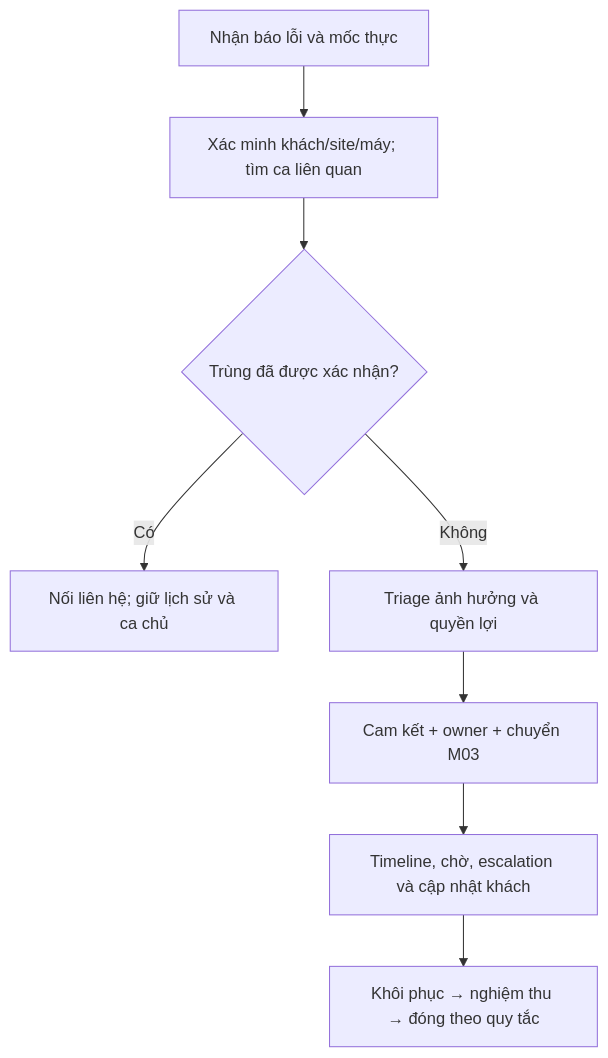
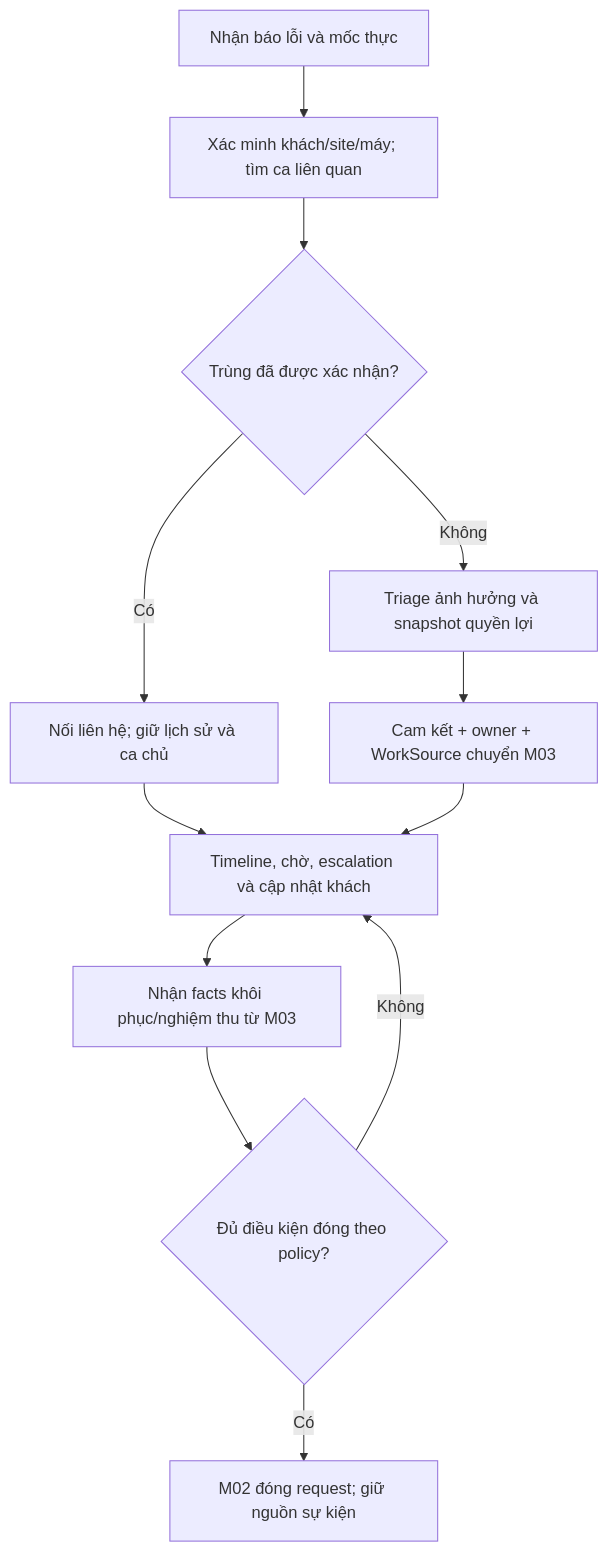
One commit to Baronger23/ERP.SmartHelpDesk changed the diagram in docs/design/modules/m02_tiep_nhan_va_sla.md. Above: the diagram before and after it, drawn with Mermaid. The commit also changed 70 other files, not shown here.

````diff
--- a/docs/design/modules/m02_tiep_nhan_va_sla.md
+++ b/docs/design/modules/m02_tiep_nhan_va_sla.md
@@ -39,10 +39,14 @@
 ```mermaid
 flowchart TD
     A["Nhận báo lỗi và mốc thực"] --> B["Xác minh khách/site/máy; tìm ca liên quan"]
     B --> C{"Trùng đã được xác nhận?"}
     C -->|"Có"| D["Nối liên hệ; giữ lịch sử và ca chủ"]
-    C -->|"Không"| E["Triage ảnh hưởng và quyền lợi"]
-    E --> F["Cam kết + owner + chuyển M03"]
-    F --> G["Timeline, chờ, escalation và cập nhật khách"]
-    G --> H["Khôi phục → nghiệm thu → đóng theo quy tắc"]
+    D --> G["Timeline, chờ, escalation và cập nhật khách"]
+    C -->|"Không"| E["Triage ảnh hưởng và snapshot quyền lợi"]
+    E --> F["Cam kết + owner + WorkSource chuyển M03"]
+    F --> G
+    G --> H["Nhận facts khôi phục/nghiệm thu từ M03"]
+    H --> I{"Đủ điều kiện đóng theo policy?"}
+    I -->|"Có"| J["M02 đóng request; giữ nguồn sự kiện"]
+    I -->|"Không"| G
 ```
````
